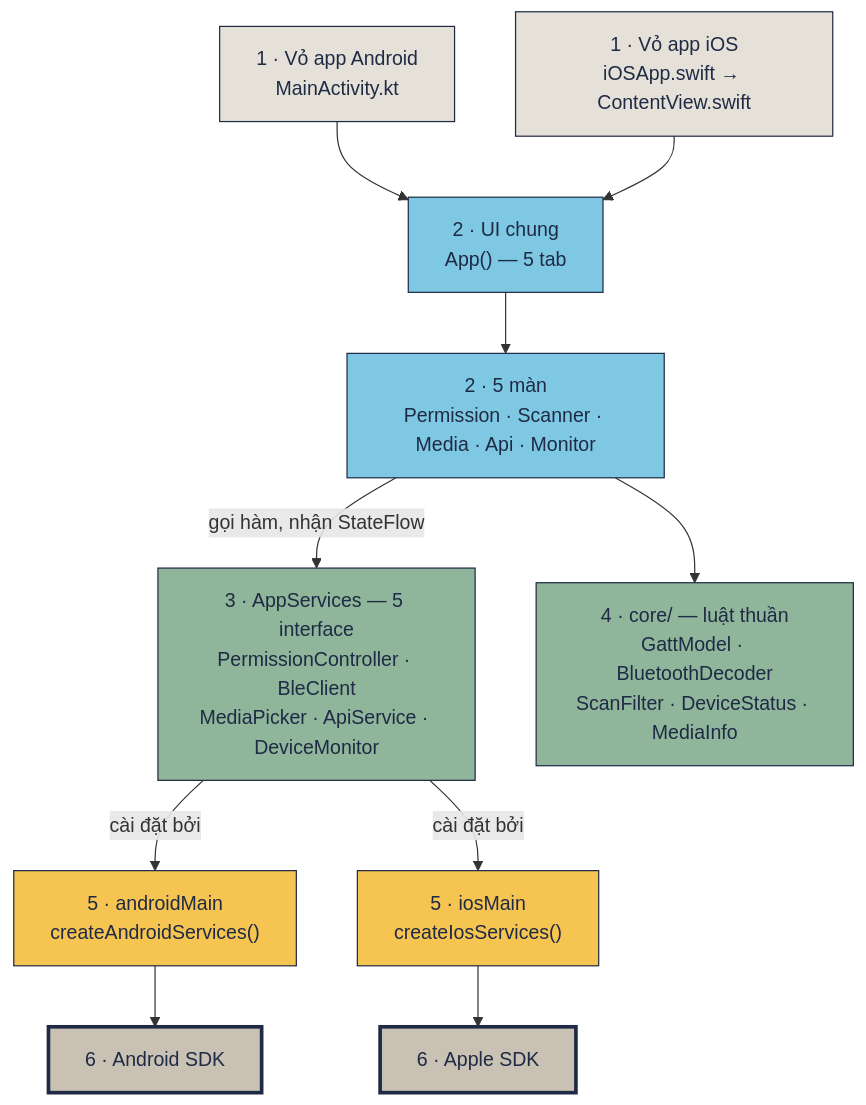
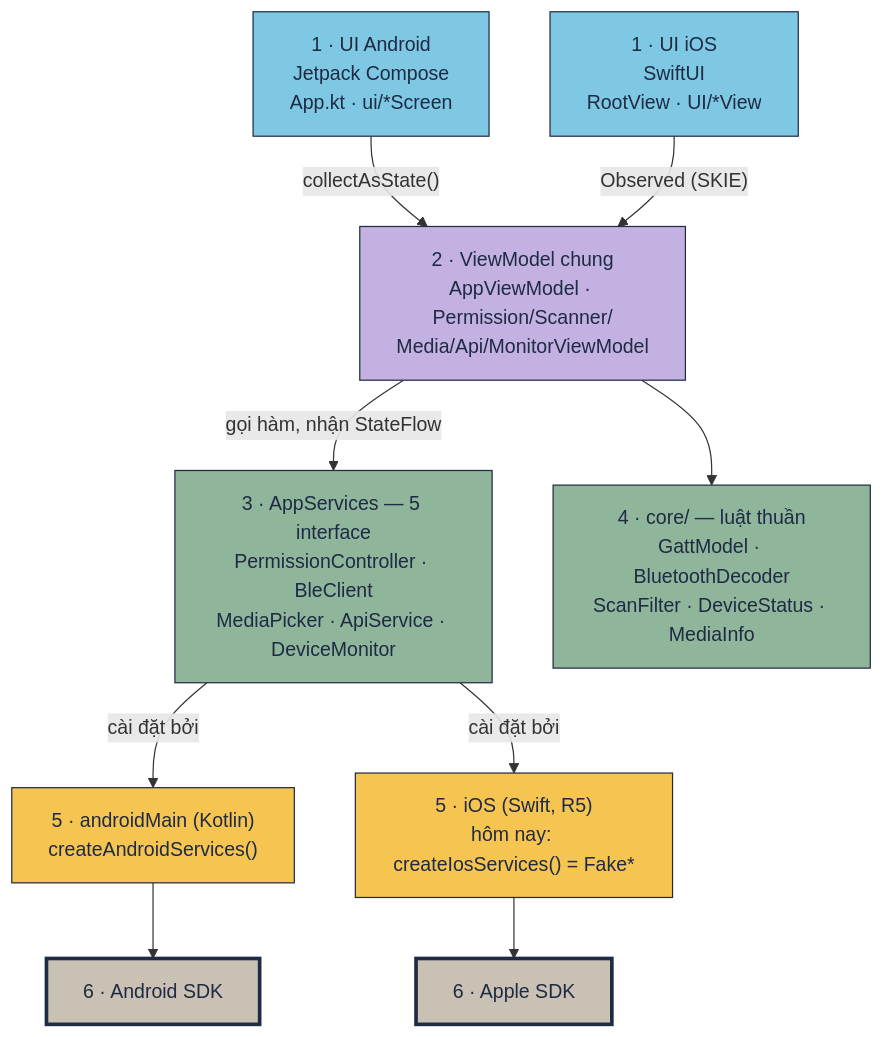
One commit to tucarmd/kotlin-multi-platform changed the first of 5 diagrams in docs/README-KMP-HOW-IT-WORKS.md. Above: the diagram before and after it, drawn with Mermaid. The commit also changed other lines of this file and 16 other files, not shown here.

First line of the commit message:
docs(site): R6 — docs follow the native-UI architecture (Jetpack Compose · SwiftUI on shared ViewModels)

````diff
--- a/docs/README-KMP-HOW-IT-WORKS.md
+++ b/docs/README-KMP-HOW-IT-WORKS.md
@@ -44,32 +42,30 @@
 ```mermaid
 flowchart TB
-    MA["1 · Vỏ app Android<br/>MainActivity.kt"]
-    SW["1 · Vỏ app iOS<br/>iOSApp.swift → ContentView.swift"]
-    APP["2 · UI chung<br/>App() — 5 tab"]
-    SCR["2 · 5 màn<br/>Permission · Scanner · Media · Api · Monitor"]
+    AUI["1 · UI Android<br/>Jetpack Compose<br/>App.kt · ui/*Screen"]
+    IUI["1 · UI iOS<br/>SwiftUI<br/>RootView · UI/*View"]
+    VM["2 · ViewModel chung<br/>AppViewModel · Permission/Scanner/<br/>Media/Api/MonitorViewModel"]
     CONTRACT["3 · AppServices — 5 interface<br/>PermissionController · BleClient<br/>MediaPicker · ApiService · DeviceMonitor"]
     R["4 · core/ — luật thuần<br/>GattModel · BluetoothDecoder<br/>ScanFilter · DeviceStatus · MediaInfo"]
-    AM["5 · androidMain<br/>createAndroidServices()"]
-    IM["5 · iosMain<br/>createIosServices()"]
+    AM["5 · androidMain (Kotlin)<br/>createAndroidServices()"]
+    IM["5 · iOS (Swift, R5)<br/>hôm nay: createIosServices() = Fake*"]
     AS["6 · Android SDK"]
     IS["6 · Apple SDK"]
-    MA --> APP
-    SW --> APP
-    APP --> SCR
-    SCR -- "gọi hàm, nhận StateFlow" --> CONTRACT
-    SCR --> R
+    AUI -- "collectAsState()" --> VM
+    IUI -- "Observed (SKIE)" --> VM
+    VM -- "gọi hàm, nhận StateFlow" --> CONTRACT
+    VM --> R
     CONTRACT -- "cài đặt bởi" --> AM
     CONTRACT -- "cài đặt bởi" --> IM
     AM --> AS
     IM --> IS
-    classDef shell fill:#e5e1d8,stroke:#1F2A44,color:#1F2A44
     classDef ui fill:#7EC8E3,stroke:#1F2A44,color:#1F2A44
+    classDef vm fill:#C3B1E1,stroke:#1F2A44,color:#1F2A44
     classDef kmp fill:#8FB59A,stroke:#1F2A44,color:#1F2A44
     classDef plat fill:#F5C451,stroke:#1F2A44,color:#1F2A44
     classDef sdk fill:#C9C1B3,stroke:#1F2A44,color:#1F2A44,stroke-width:3px
-    class MA,SW shell
-    class APP,SCR ui
+    class AUI,IUI ui
+    class VM vm
     class CONTRACT,R kmp
     class AM,IM plat
     class AS,IS sdk
 ```
````
